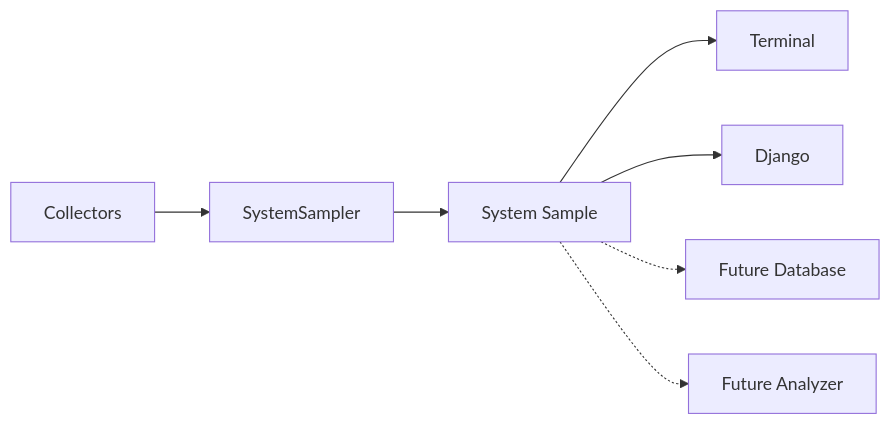
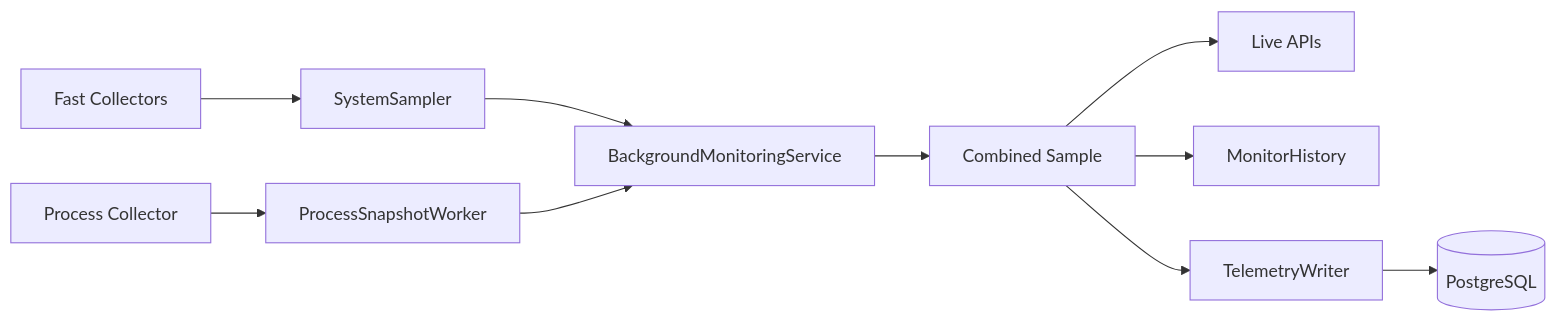
One commit to IronRon/Sys-Monitor changed the seventh of 36 diagrams in docs/architecture.md. Above: the diagram before and after it, drawn with Mermaid. The commit also changed other lines of this file and 21 other files, not shown here.

First line of the commit message:
feat: Refactor process monitoring and telemetry integration

````diff
--- a/docs/architecture.md
+++ b/docs/architecture.md
@@ -530,19 +516,15 @@
 ```mermaid
 flowchart LR
-    C["Collectors"]
-    S["SystemSampler"]
-    SAMPLE["System Sample"]
+    FAST["Fast Collectors"] --> S["SystemSampler"]
+    PROC["Process Collector"] --> PW["ProcessSnapshotWorker"]
 
-    CLI["Terminal"]
-    WEB["Django"]
-    DB["Future Database"]
-    ANALYTICS["Future Analyzer"]
+    S --> SERVICE["BackgroundMonitoringService"]
+    PW --> SERVICE
 
-    C --> S
-    S --> SAMPLE
+    SERVICE --> SAMPLE["Combined Sample"]
 
-    SAMPLE --> CLI
-    SAMPLE --> WEB
-    SAMPLE -.-> DB
-    SAMPLE -.-> ANALYTICS
+    SAMPLE --> LIVE["Live APIs"]
+    SAMPLE --> HISTORY["MonitorHistory"]
+    SAMPLE --> WRITER["TelemetryWriter"]
+    WRITER --> PG[(PostgreSQL)]
 ```
````
